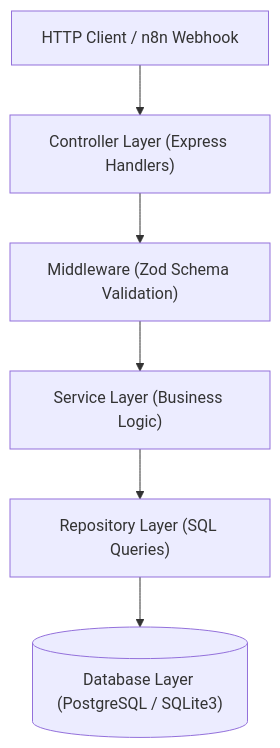
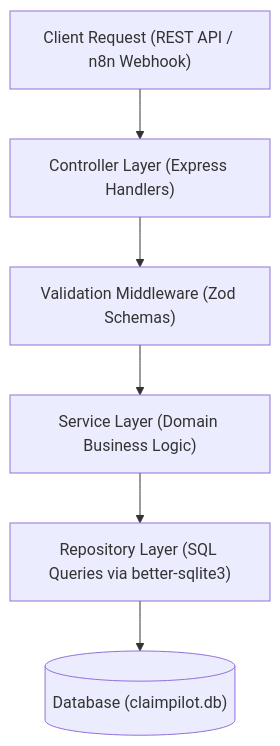
Before and after one commit to kik1211/agentic-medclaims-automation: the second of 5 diagrams in docs/ARCHITECTURE.md, drawn with Mermaid. The commit also changed other lines of this file and 30 other files, not shown here.

````diff
--- a/docs/ARCHITECTURE.md
+++ b/docs/ARCHITECTURE.md
@@ -52,8 +54,8 @@
 ```mermaid
 graph TD
-    Client["HTTP Client / n8n Webhook"] --> Controller["Controller Layer (Express Handlers)"]
-    Controller --> Validation["Middleware (Zod Schema Validation)"]
-    Validation --> Service["Service Layer (Business Logic)"]
-    Service --> Repository["Repository Layer (SQL Queries)"]
-    Repository --> Database[("Database Layer (PostgreSQL / SQLite3)")]
+    Client["Client Request (REST API / n8n Webhook)"] --> Controller["Controller Layer (Express Handlers)"]
+    Controller --> Validation["Validation Middleware (Zod Schemas)"]
+    Validation --> Service["Service Layer (Domain Business Logic)"]
+    Service --> Repository["Repository Layer (SQL Queries via better-sqlite3)"]
+    Repository --> Database[("Database (claimpilot.db)")]
 ```
````
